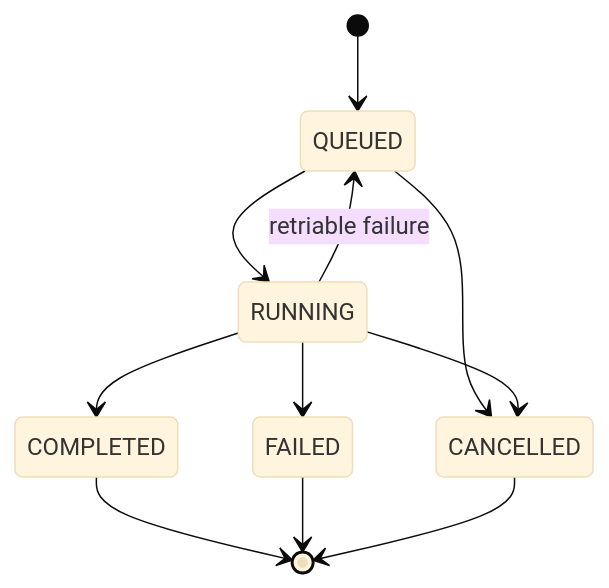
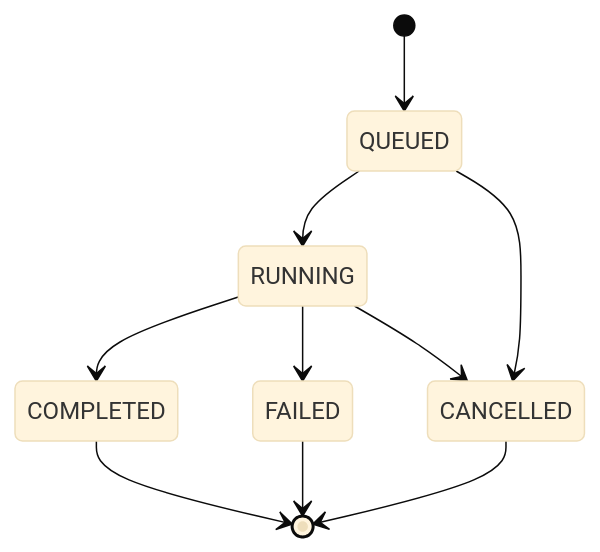
One commit to wye-ts/opspilot changed the seventh of 10 diagrams in docs/03-technical-design.md. Above: the diagram before and after it, drawn with Mermaid (base theme). The commit also changed other lines of this file and 4 other files, not shown here.

````diff
--- a/docs/03-technical-design.md
+++ b/docs/03-technical-design.md
@@ -1510,13 +1849,12 @@
 ```mermaid
 stateDiagram-v2
     [*] --> QUEUED
     QUEUED --> RUNNING
     QUEUED --> CANCELLED
-    RUNNING --> QUEUED: retriable failure
     RUNNING --> COMPLETED
     RUNNING --> FAILED
     RUNNING --> CANCELLED
     COMPLETED --> [*]
     FAILED --> [*]
     CANCELLED --> [*]
 ```
````
